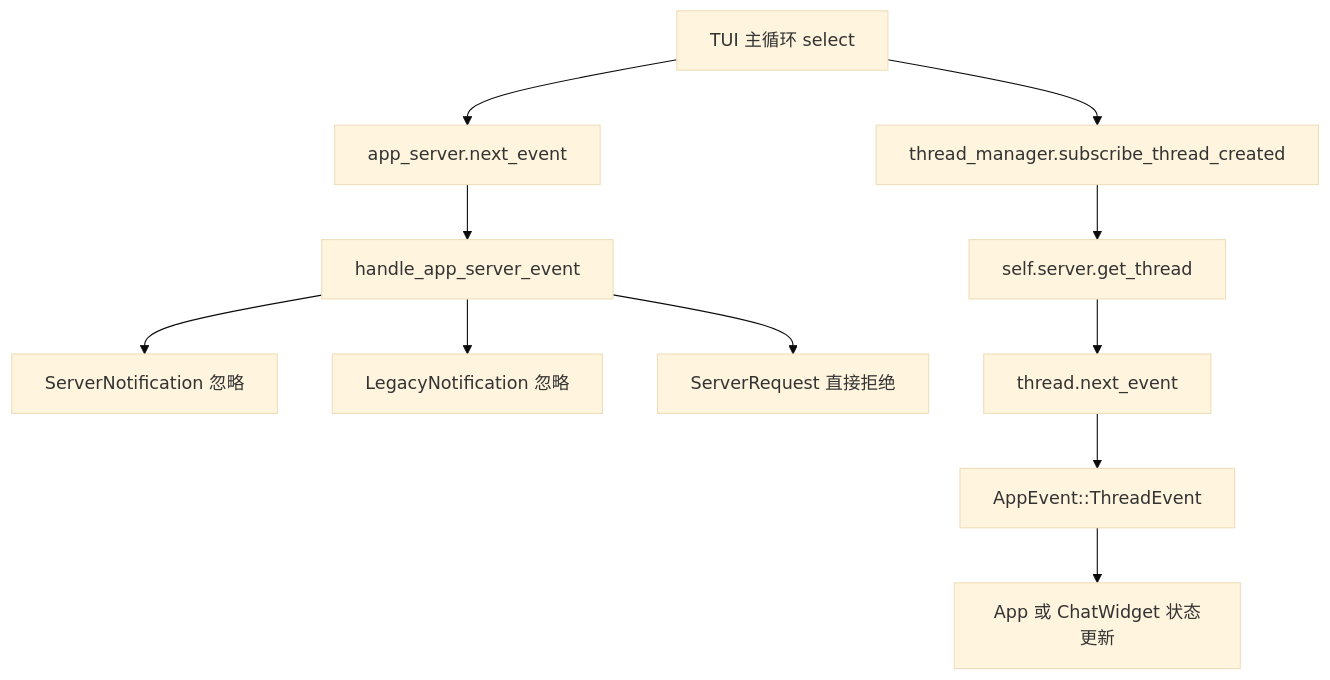
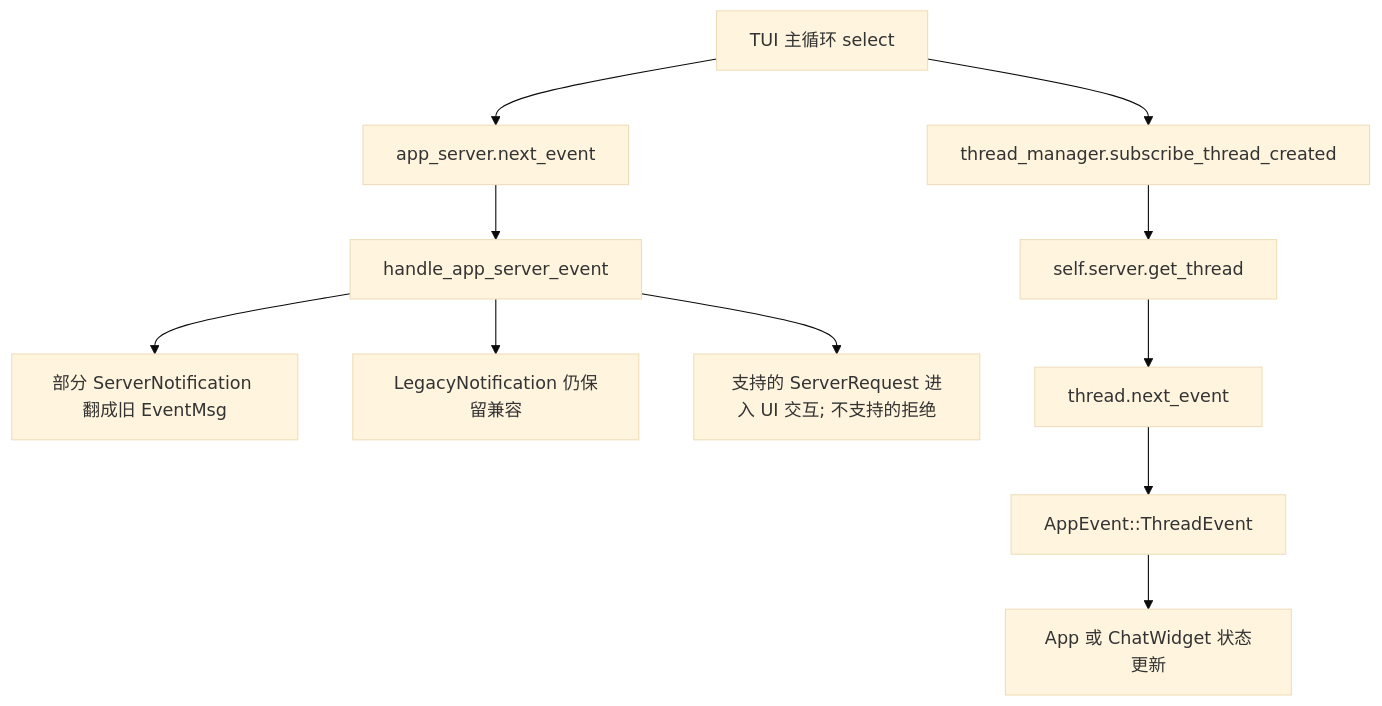
One commit to Krual-T/OpenRelay changed the fifth of 5 diagrams in docs/design/codex-app-server-consumption-comparison.md. Above: the diagram before and after it, drawn with Mermaid (base theme). The commit also changed other lines of this file, not shown here.

Commit message:
Document observed backend events and Codex CLI app-server migration state

````diff
--- a/docs/design/codex-app-server-consumption-comparison.md
+++ b/docs/design/codex-app-server-consumption-comparison.md
@@ -779,16 +836,16 @@
 ```mermaid
 flowchart TD
   A[TUI 主循环 select]
 
   A --> B[app_server.next_event]
   B --> C[handle_app_server_event]
-  C --> D[ServerNotification 忽略]
-  C --> E[LegacyNotification 忽略]
-  C --> F[ServerRequest 直接拒绝]
+  C --> D[部分 ServerNotification 翻成旧 EventMsg]
+  C --> E[LegacyNotification 仍保留兼容]
+  C --> F[支持的 ServerRequest 进入 UI 交互; 不支持的拒绝]
 
   A --> G[thread_manager.subscribe_thread_created]
   G --> H[self.server.get_thread]
   H --> I[thread.next_event]
   I --> J[AppEvent::ThreadEvent]
   J --> K[App 或 ChatWidget 状态更新]
 ```
````
